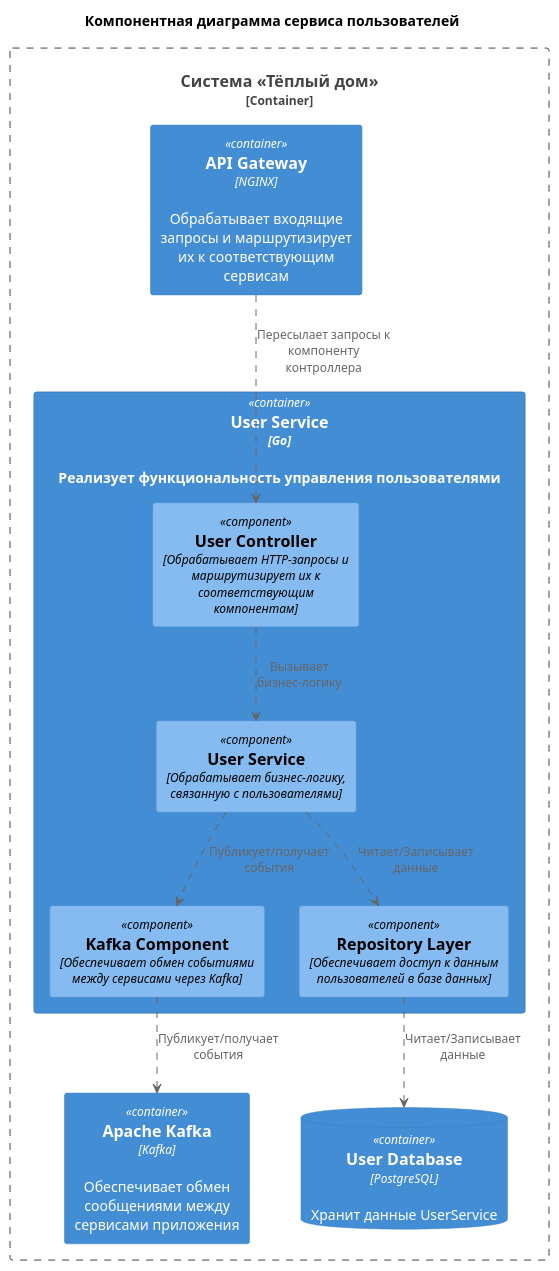
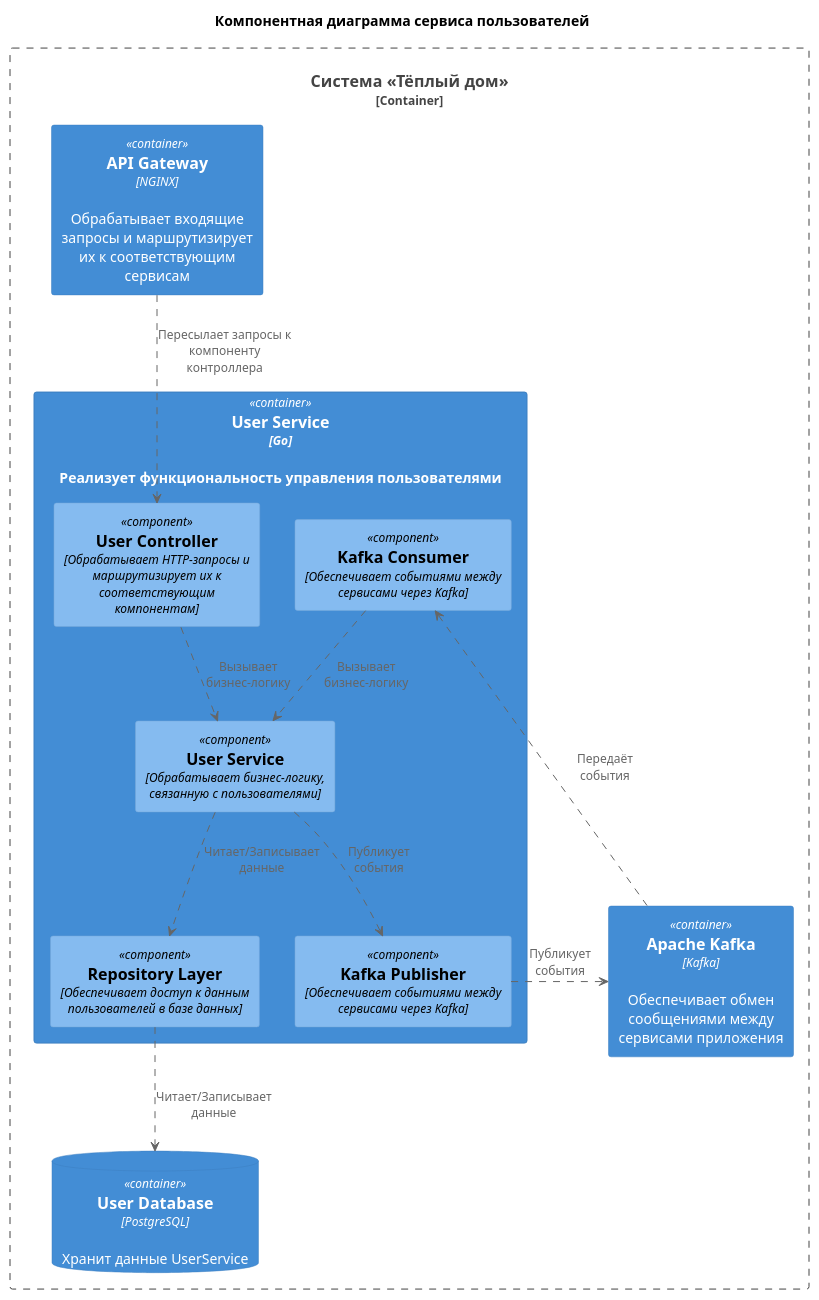
Before and after one commit to PAKETIKk/architecture-warmhouse: the diagram in diagrams/component/component-UserService.puml, drawn with PlantUML. The commit also changed 4 other files, not shown here.

```diff
--- a/diagrams/component/component-UserService.puml
+++ b/diagrams/component/component-UserService.puml
@@ -1,31 +1,36 @@
 @startuml
 title Компонентная диаграмма сервиса пользователей
 ' Импорт
 !include ../../uml-lib/C4_Component.puml
 ' Система
 Container_Boundary(system, "Система «Тёплый дом»"){
   ' Сервисы
   Container(UserService, "User Service", "Go", "Реализует функциональность управления пользователями")
   Container(ApiGateway, "API Gateway", "NGINX", "Обрабатывает входящие запросы и маршрутизирует их к соответствующим сервисам")
   ' Брокеры сообщений
   Container(Kafka, "Apache Kafka", "Kafka", "Обеспечивает обмен сообщениями между сервисами приложения")  
   ' СУБД User Service
   ContainerDb(UserDatabase, "User Database", "PostgreSQL", "Хранит данные UserService")
 }
 ' Сервис пользователей
 Container(UserService, "User Service") {
 ' Компоненты сервиса пользователей
   Component(ControllerComponent, "User Controller","Обрабатывает HTTP-запросы и маршрутизирует их к соответствующим компонентам")
   Component(ServiceComponent, "User Service", "Обрабатывает бизнес-логику, связанную с пользователями")
-  Component(KafkaComponent, "Kafka Component", "Обеспечивает обмен событиями между сервисами через Kafka")
+  Component(KafkaPublisher, "Kafka Publisher", "Обеспечивает событиями между сервисами через Kafka")
+  Component(KafkaConsumer, "Kafka Consumer", "Обеспечивает событиями между сервисами через Kafka")
   Component(RepositoryComponent, "Repository Layer", "Обеспечивает доступ к данным пользователей в базе данных")
 }
 ' Взаимодействия компонентов
 ControllerComponent ..> ServiceComponent : "Вызывает\nбизнес-логику"
+KafkaConsumer ..> ServiceComponent : "Вызывает\nбизнес-логику"
 ServiceComponent ..> RepositoryComponent : "Читает/Записывает\nданные"
-ServiceComponent ..> KafkaComponent : "Публикует/получает\nсобытия"
+ServiceComponent ..> KafkaPublisher : "Публикует\nсобытия"
 RepositoryComponent ..> UserDatabase : "Читает/Записывает\nданные"
 ' Взаимодействия с сервисами
 ApiGateway ..> ControllerComponent : "Пересылает запросы к компоненту контроллера"
-KafkaComponent ..> Kafka : "Публикует/получает\nсобытия"
+KafkaPublisher .right.> Kafka : "Публикует\nсобытия"
+Kafka .left.> KafkaConsumer : "Передаёт\nсобытия"
+' Подсказка для рендера
+RepositoryComponent -[hidden]right- KafkaPublisher
 @enduml
```
